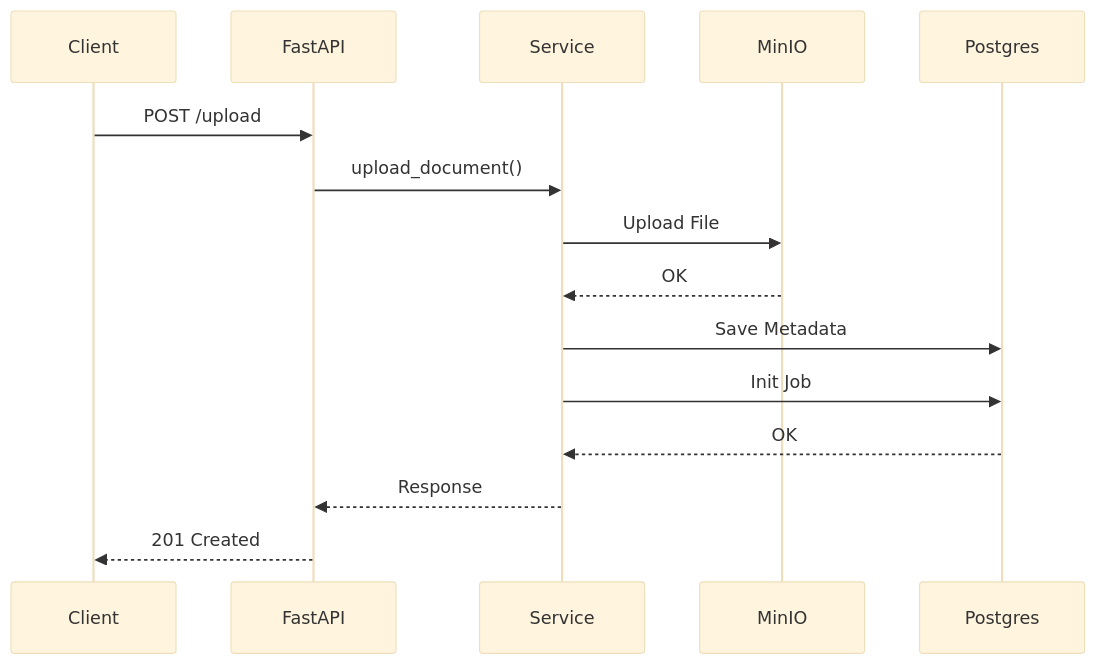
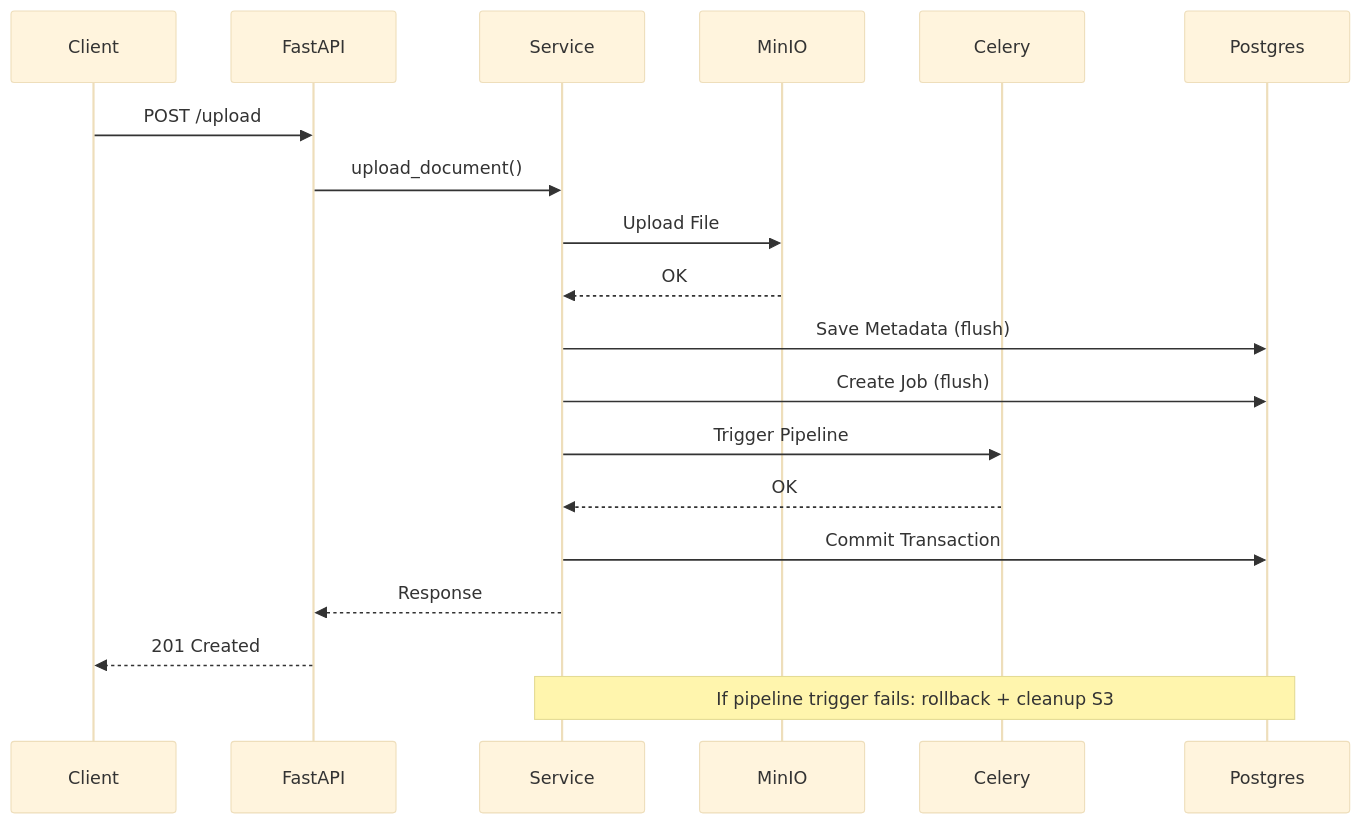
Before and after one commit to farhan-mahi-sazim/AIPCPP-BE-Mahi-Onboarding: the first of 2 diagrams in docs/upload_file_process.md, drawn with Mermaid (base theme). The commit also changed other lines of this file and 7 other files, not shown here.

````diff
--- a/docs/upload_file_process.md
+++ b/docs/upload_file_process.md
@@ -9,18 +9,23 @@
 ```mermaid
 sequenceDiagram
     participant Client
     participant API as FastAPI
     participant Service
     participant S3 as MinIO
+    participant Celery
     participant DB as Postgres
 
     Client->>API: POST /upload
     API->>Service: upload_document()
     Service->>S3: Upload File
     S3-->>Service: OK
-    Service->>DB: Save Metadata
-    Service->>DB: Init Job
-    DB-->>Service: OK
+    Service->>DB: Save Metadata (flush)
+    Service->>DB: Create Job (flush)
+    Service->>Celery: Trigger Pipeline
+    Celery-->>Service: OK
+    Service->>DB: Commit Transaction
     Service-->>API: Response
     API-->>Client: 201 Created
+
+    Note over Service,DB: If pipeline trigger fails: rollback + cleanup S3
 ```
````
